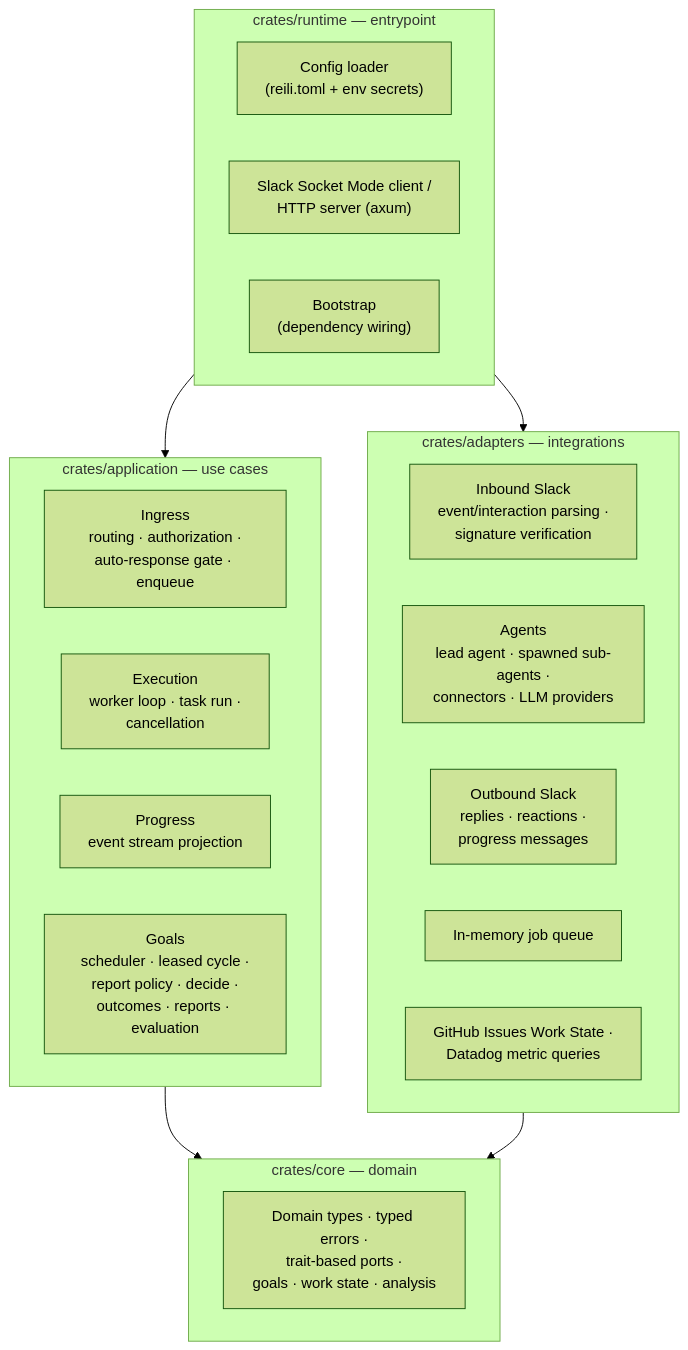
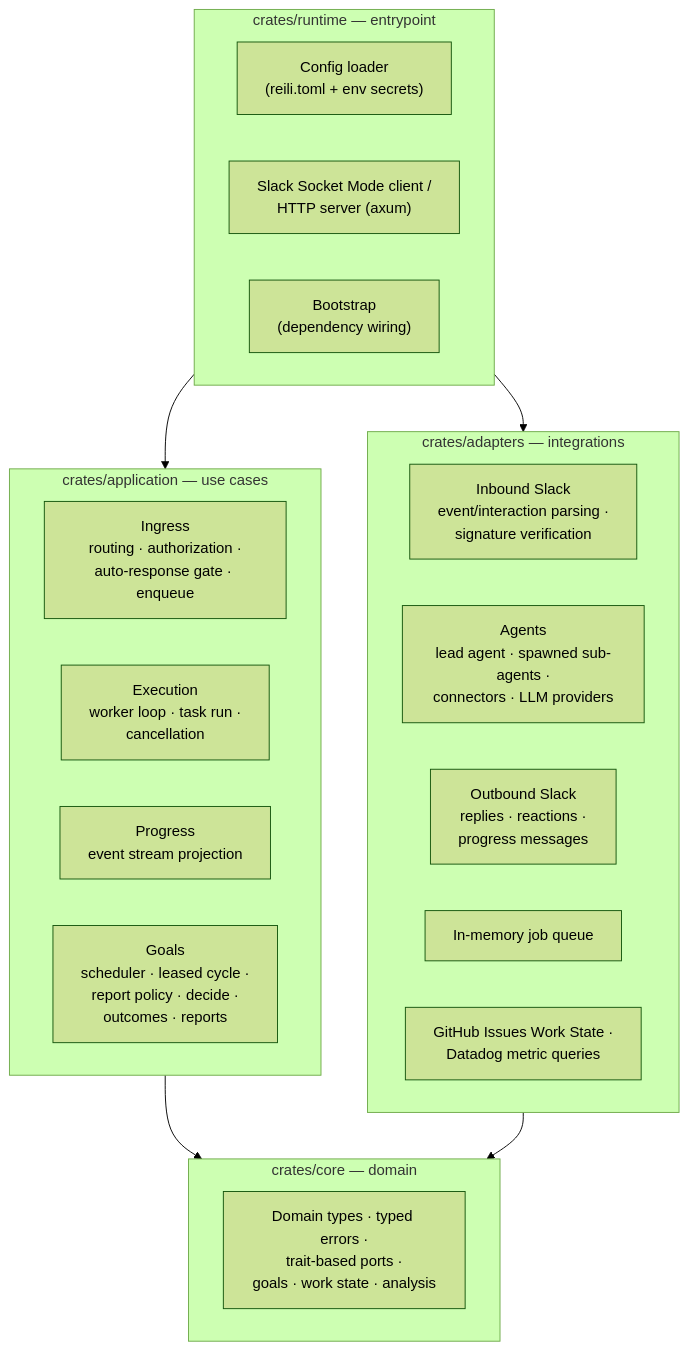
The diagram in docs/architecture.md (reilidev/reili), drawn with Mermaid (forest theme) before and after one commit. The commit also changed other lines of this file and 31 other files, not shown here.

First line of the commit message:
Remove the evaluation framework and unused goal code

````diff
--- a/docs/architecture.md
+++ b/docs/architecture.md
@@ -10,32 +10,32 @@
 ```mermaid
 flowchart TB
     subgraph runtime["crates/runtime — entrypoint"]
         CONFIG["Config loader<br/>(reili.toml + env secrets)"]
         SERVE["Slack Socket Mode client /<br/>HTTP server (axum)"]
         BOOT["Bootstrap<br/>(dependency wiring)"]
     end
 
     subgraph application["crates/application — use cases"]
         INGRESS["Ingress<br/>routing · authorization ·<br/>auto-response gate · enqueue"]
         EXEC["Execution<br/>worker loop · task run ·<br/>cancellation"]
         PROGRESS["Progress<br/>event stream projection"]
-        GOAL["Goals<br/>scheduler · leased cycle ·<br/>report policy · decide ·<br/>outcomes · reports · evaluation"]
+        GOAL["Goals<br/>scheduler · leased cycle ·<br/>report policy · decide ·<br/>outcomes · reports"]
     end
 
     subgraph adapters["crates/adapters — integrations"]
         INBOUND["Inbound Slack<br/>event/interaction parsing ·<br/>signature verification"]
         AGENTS["Agents<br/>lead agent · spawned sub-agents ·<br/>connectors · LLM providers"]
         OUTBOUND["Outbound Slack<br/>replies · reactions ·<br/>progress messages"]
         QUEUE["In-memory job queue"]
         WORK["GitHub Issues Work State ·<br/>Datadog metric queries"]
     end
 
     subgraph core["crates/core — domain"]
         DOMAIN["Domain types · typed errors ·<br/>trait-based ports ·<br/>goals · work state · analysis"]
     end
 
     runtime --> application
     runtime --> adapters
     application --> core
     adapters --> core
 ```
````
